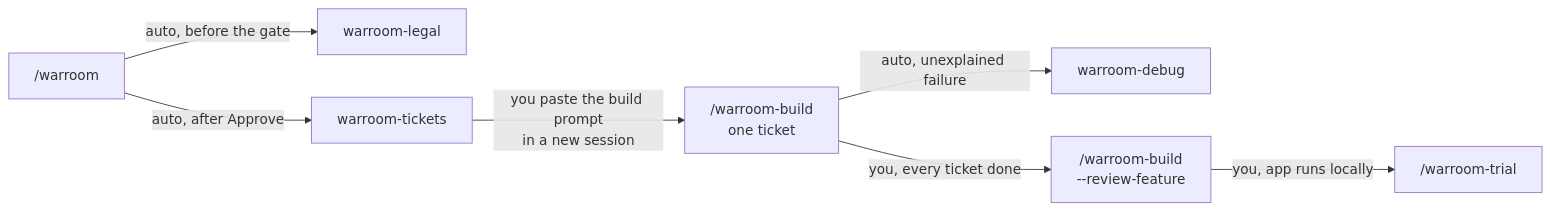
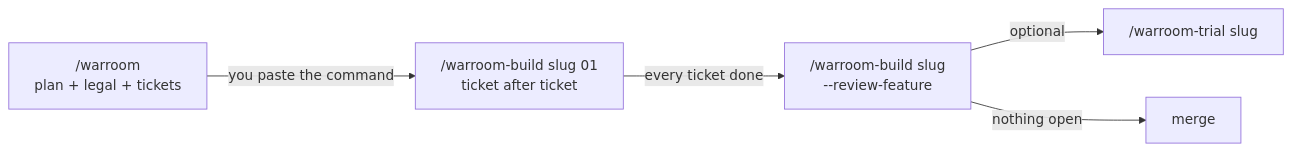
Before and after one commit to mousemouse094526/kiki-kit: the first of 5 diagrams in docs/flow.md, drawn with Mermaid. The commit also changed other lines of this file and 27 other files, not shown here.

First line of the commit message:
refactor(warroom)!: three skills, few big tickets, one progress file

````diff
--- a/docs/flow.md
+++ b/docs/flow.md
@@ -13,17 +11,13 @@
 ```mermaid
 flowchart LR
-    W["/warroom"]
-    L["warroom-legal"]
-    T["warroom-tickets"]
-    B["/warroom-build<br/>one ticket"]
-    D["warroom-debug"]
-    R["/warroom-build<br/>--review-feature"]
-    TR["/warroom-trial"]
+    W["/warroom<br/>plan + legal + tickets"]
+    B["/warroom-build slug 01<br/>ticket after ticket"]
+    R["/warroom-build slug<br/>--review-feature"]
+    TR["/warroom-trial slug"]
+    M["merge"]
 
-    W -->|auto, before the gate| L
-    W -->|auto, after Approve| T
-    T -->|you paste the build prompt<br/>in a new session| B
-    B -->|auto, unexplained failure| D
-    B -->|you, every ticket done| R
-    R -->|you, app runs locally| TR
+    W -->|you paste the command| B
+    B -->|every ticket done| R
+    R -->|optional| TR
+    R -->|nothing open| M
 ```
````
